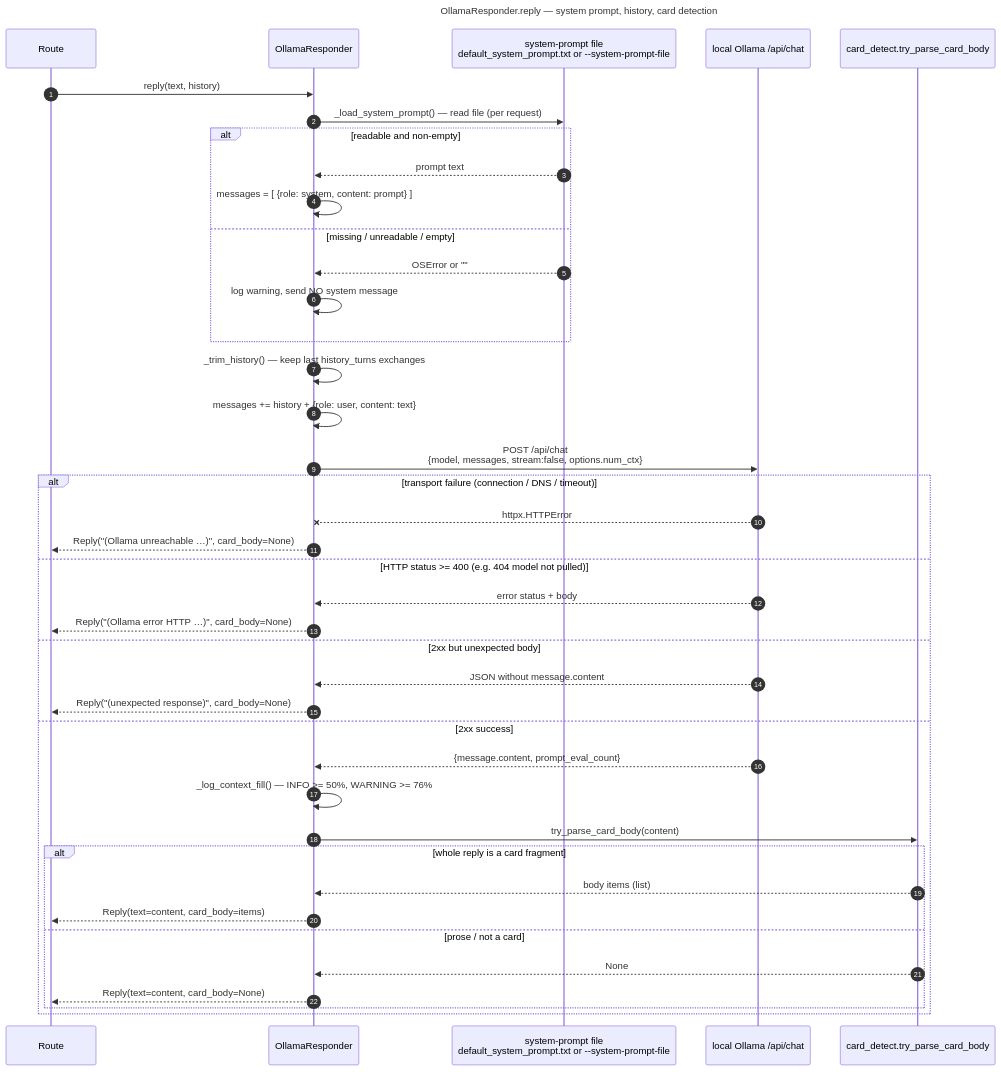
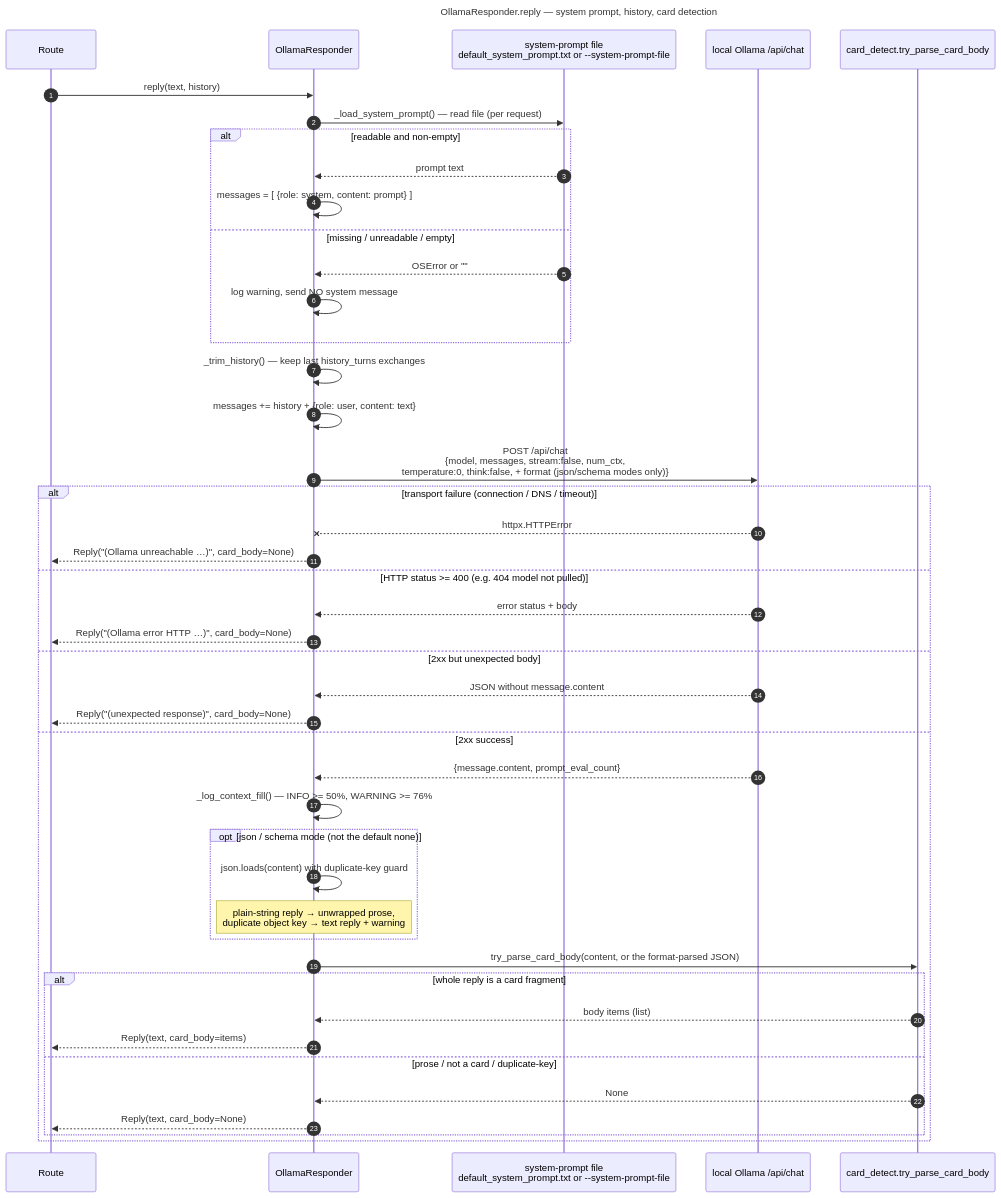
The fourth of 4 diagrams in adaptive_chat_server/README.md (freemansoft/Flutter-AdaptiveCards), drawn with Mermaid before and after one commit. The commit also changed other lines of this file and 5 other files, not shown here.

First line of the commit message:
feat(adaptive_chat_server): reliable card JSON via model + decoding defaults

````diff
--- a/adaptive_chat_server/README.md
+++ b/adaptive_chat_server/README.md
@@ -288,46 +294,50 @@
 ```mermaid
 ---
 title: "OllamaResponder.reply — system prompt, history, card detection"
 ---
 sequenceDiagram
     autonumber
     participant R as Route
     participant O as OllamaResponder
     participant F as system-prompt file<br/>default_system_prompt.txt or --system-prompt-file
     participant L as local Ollama /api/chat
     participant D as card_detect.try_parse_card_body
 
     R->>O: reply(text, history)
     O->>F: _load_system_prompt() — read file (per request)
     alt readable and non-empty
         F-->>O: prompt text
         O->>O: messages = [ {role: system, content: prompt} ]
     else missing / unreadable / empty
         F-->>O: OSError or ""
         O->>O: log warning, send NO system message
     end
     O->>O: _trim_history() — keep last history_turns exchanges
     O->>O: messages += history + {role: user, content: text}
-    O->>L: POST /api/chat<br/>{model, messages, stream:false, options.num_ctx}
+    O->>L: POST /api/chat<br/>{model, messages, stream:false, num_ctx,<br/>temperature:0, think:false, + format (json/schema modes only)}
     alt transport failure (connection / DNS / timeout)
         L--xO: httpx.HTTPError
         O-->>R: Reply("(Ollama unreachable …)", card_body=None)
     else HTTP status >= 400 (e.g. 404 model not pulled)
         L-->>O: error status + body
         O-->>R: Reply("(Ollama error HTTP …)", card_body=None)
     else 2xx but unexpected body
         L-->>O: JSON without message.content
         O-->>R: Reply("(unexpected response)", card_body=None)
     else 2xx success
         L-->>O: {message.content, prompt_eval_count}
         O->>O: _log_context_fill() — INFO >= 50%, WARNING >= 76%
-        O->>D: try_parse_card_body(content)
+        opt json / schema mode (not the default none)
+            O->>O: json.loads(content) with duplicate-key guard
+            Note over O: plain-string reply → unwrapped prose,<br/>duplicate object key → text reply + warning
+        end
+        O->>D: try_parse_card_body(content, or the format-parsed JSON)
         alt whole reply is a card fragment
             D-->>O: body items (list)
-            O-->>R: Reply(text=content, card_body=items)
-        else prose / not a card
+            O-->>R: Reply(text, card_body=items)
+        else prose / not a card / duplicate-key
             D-->>O: None
-            O-->>R: Reply(text=content, card_body=None)
+            O-->>R: Reply(text, card_body=None)
         end
     end
 ```
````
